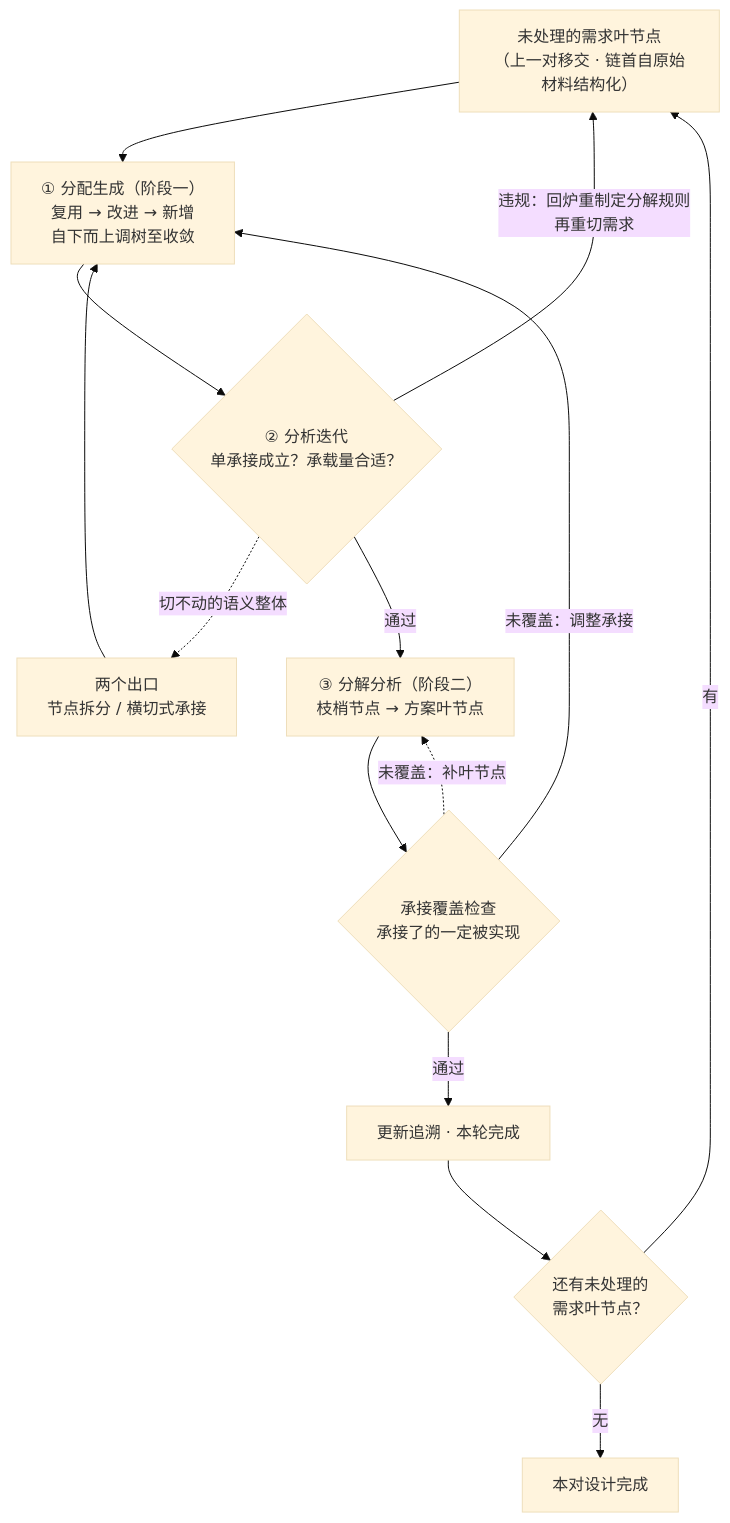
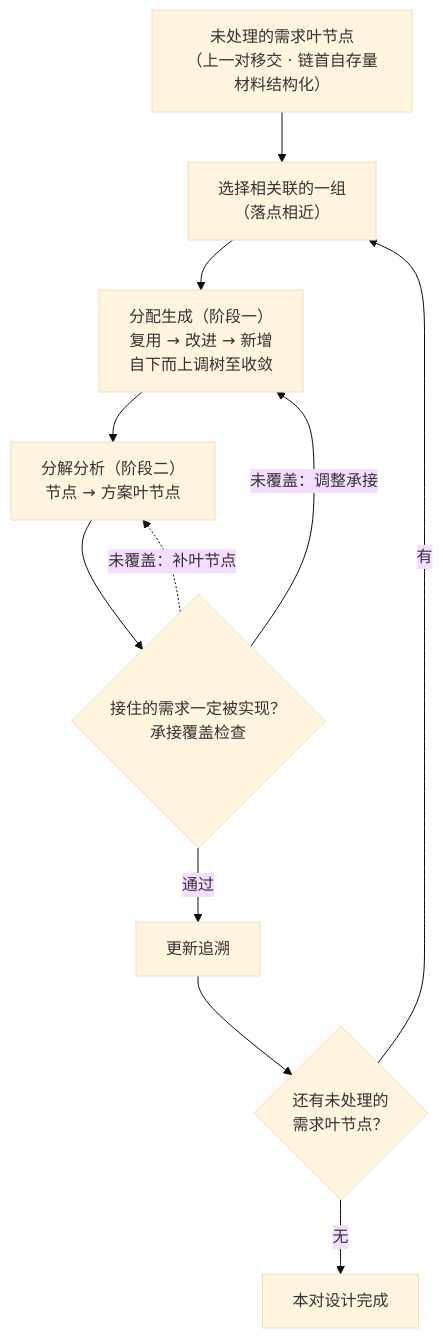
One commit to Yongjunzhou/AOS-system-design changed the second of 4 diagrams in 100-subprojects/01-系统工程研究/03-架构师是个怎样的物种/06-第6章-设计开发落地-需求与方案结对.md. Above: the diagram before and after it, drawn with Mermaid (base theme). The commit also changed other lines of this file and 8 other files, not shown here.

````diff
--- a/100-subprojects/01-系统工程研究/03-架构师是个怎样的物种/06-第6章-设计开发落地-需求与方案结对.md
+++ b/100-subprojects/01-系统工程研究/03-架构师是个怎样的物种/06-第6章-设计开发落地-需求与方案结对.md
@@ -402,16 +429,13 @@
 ```mermaid
 flowchart TD
-    A["未处理的需求叶节点<br/>（上一对移交 · 链首自原始材料结构化）"] --> B["① 分配生成（阶段一）<br/>复用 → 改进 → 新增<br/>自下而上调树至收敛"]
-    B --> C{"② 分析迭代<br/>单承接成立？承载量合适？"}
-    C -- "违规：回炉重制定分解规则<br/>再重切需求" --> A
-    C -.->|"切不动的语义整体"| D["两个出口<br/>节点拆分 / 横切式承接"]
-    D --> B
-    C -- "通过" --> E["③ 分解分析（阶段二）<br/>枝梢节点 → 方案叶节点"]
-    E --> F{"承接覆盖检查<br/>承接了的一定被实现"}
-    F -- "未覆盖：调整承接" --> B
-    F -.->|"未覆盖：补叶节点"| E
-    F -- "通过" --> G["更新追溯 · 本轮完成"]
-    G --> H{"还有未处理的<br/>需求叶节点？"}
-    H -- "有" --> A
-    H -- "无" --> I["本对设计完成"]
+    A["未处理的需求叶节点<br/>（上一对移交 · 链首自存量材料结构化）"] --> B["选择相关联的一组<br/>（落点相近）"]
+    B --> C["分配生成（阶段一）<br/>复用 → 改进 → 新增<br/>自下而上调树至收敛"]
+    C --> D["分解分析（阶段二）<br/>节点 → 方案叶节点"]
+    D --> E{"接住的需求一定被实现？<br/>承接覆盖检查"}
+    E -- "未覆盖：调整承接" --> C
+    E -.->|"未覆盖：补叶节点"| D
+    E -- "通过" --> F["更新追溯"]
+    F --> G{"还有未处理的<br/>需求叶节点？"}
+    G -- "有" --> B
+    G -- "无" --> H["本对设计完成"]
 ```
````
